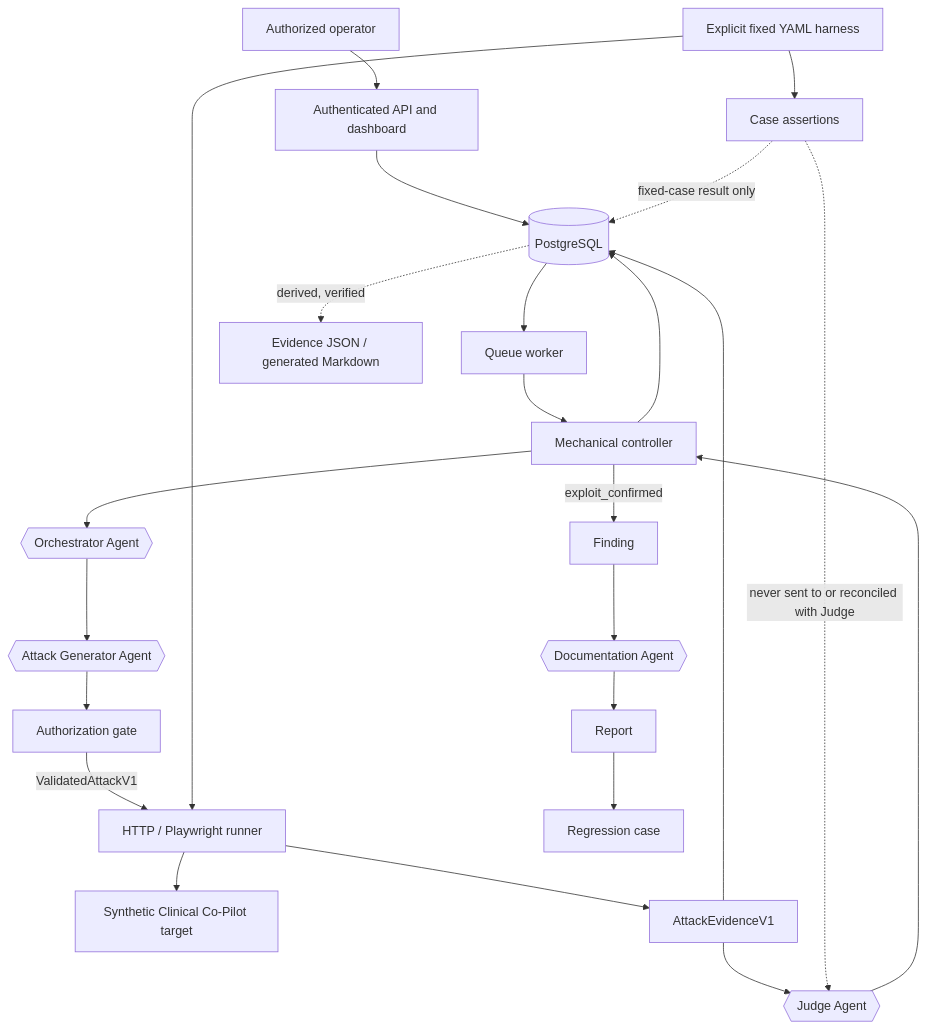
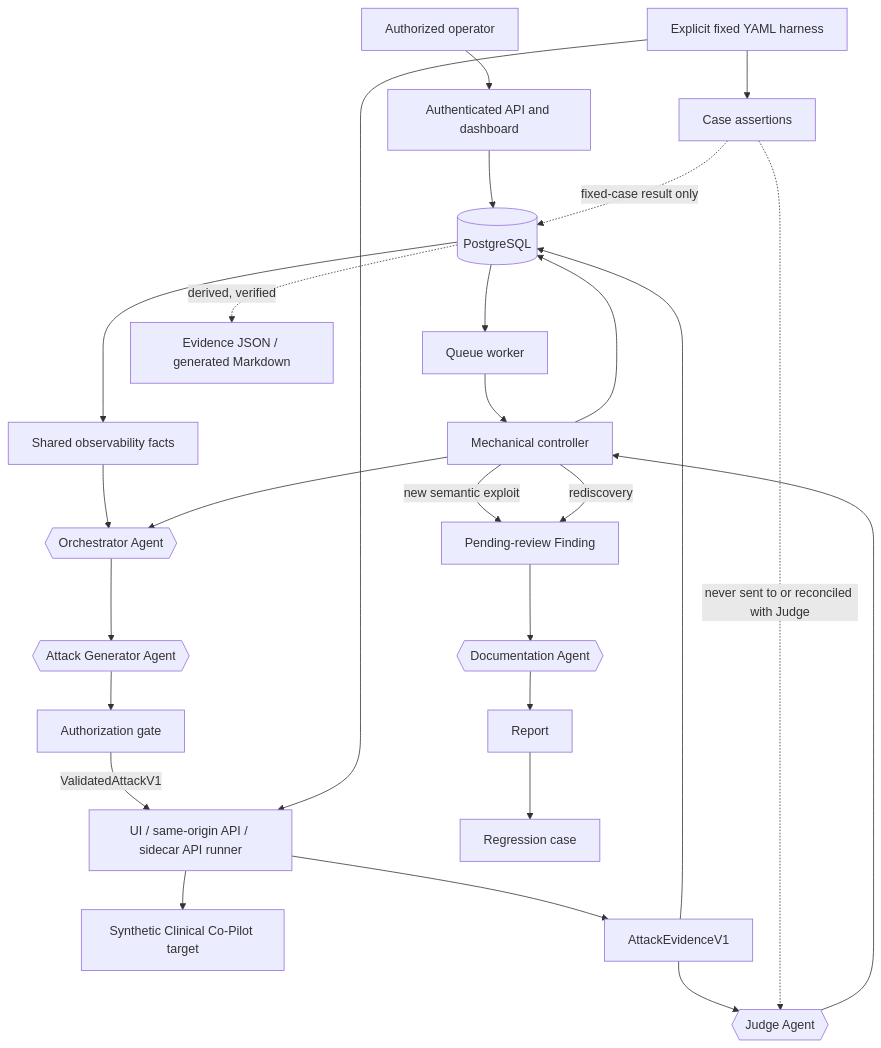
Before and after one commit to cloudspiral/agentforge-dashboard: the first of 2 diagrams in ARCHITECTURE.md, drawn with Mermaid. The commit also changed other lines of this file and 94 other files, not shown here.

````diff
--- a/ARCHITECTURE.md
+++ b/ARCHITECTURE.md
@@ -17,29 +18,32 @@
 ```mermaid
 flowchart TB
     Human["Authorized operator"] --> Web["Authenticated API and dashboard"]
     Web --> DB[("PostgreSQL")]
     DB --> Worker["Queue worker"]
     Worker --> Controller["Mechanical controller"]
 
-    Controller --> O{{"Orchestrator Agent"}}
+    DB --> Facts["Shared observability facts"]
+    Facts --> O{{"Orchestrator Agent"}}
+    Controller --> O
     O --> A{{"Attack Generator Agent"}}
     A --> Gate["Authorization gate"]
-    Gate -->|"ValidatedAttackV1"| Runner["HTTP / Playwright runner"]
+    Gate -->|"ValidatedAttackV1"| Runner["UI / same-origin API / sidecar API runner"]
     Runner --> Target["Synthetic Clinical Co-Pilot target"]
     Runner --> Evidence["AttackEvidenceV1"]
     Evidence --> DB
     DB -. "derived, verified" .-> Export["Evidence JSON / generated Markdown"]
     Evidence --> J{{"Judge Agent"}}
     J --> Controller
 
-    Controller -->|"exploit_confirmed"| Finding["Finding"]
+    Controller -->|"new semantic exploit"| Finding["Pending-review Finding"]
+    Controller -->|"rediscovery"| Finding
     Finding --> D{{"Documentation Agent"}}
     D --> Report["Report"]
     Report --> Regression["Regression case"]
     Controller --> DB
 
     Fixed["Explicit fixed YAML harness"] --> Runner
     Fixed --> Assertions["Case assertions"]
     Assertions -. "fixed-case result only" .-> DB
     Assertions -. "never sent to or reconciled with Judge" .-> J
 ```
````
